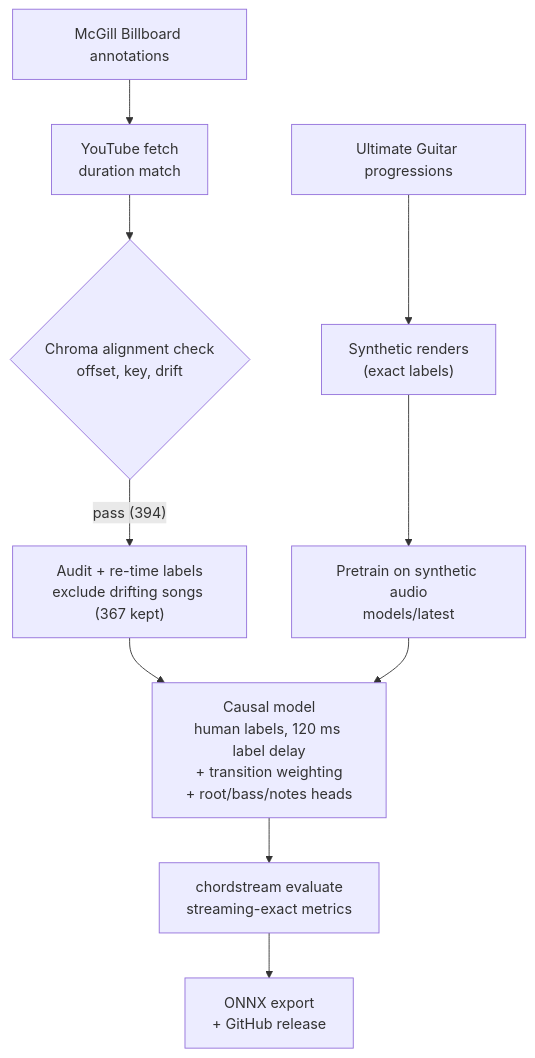
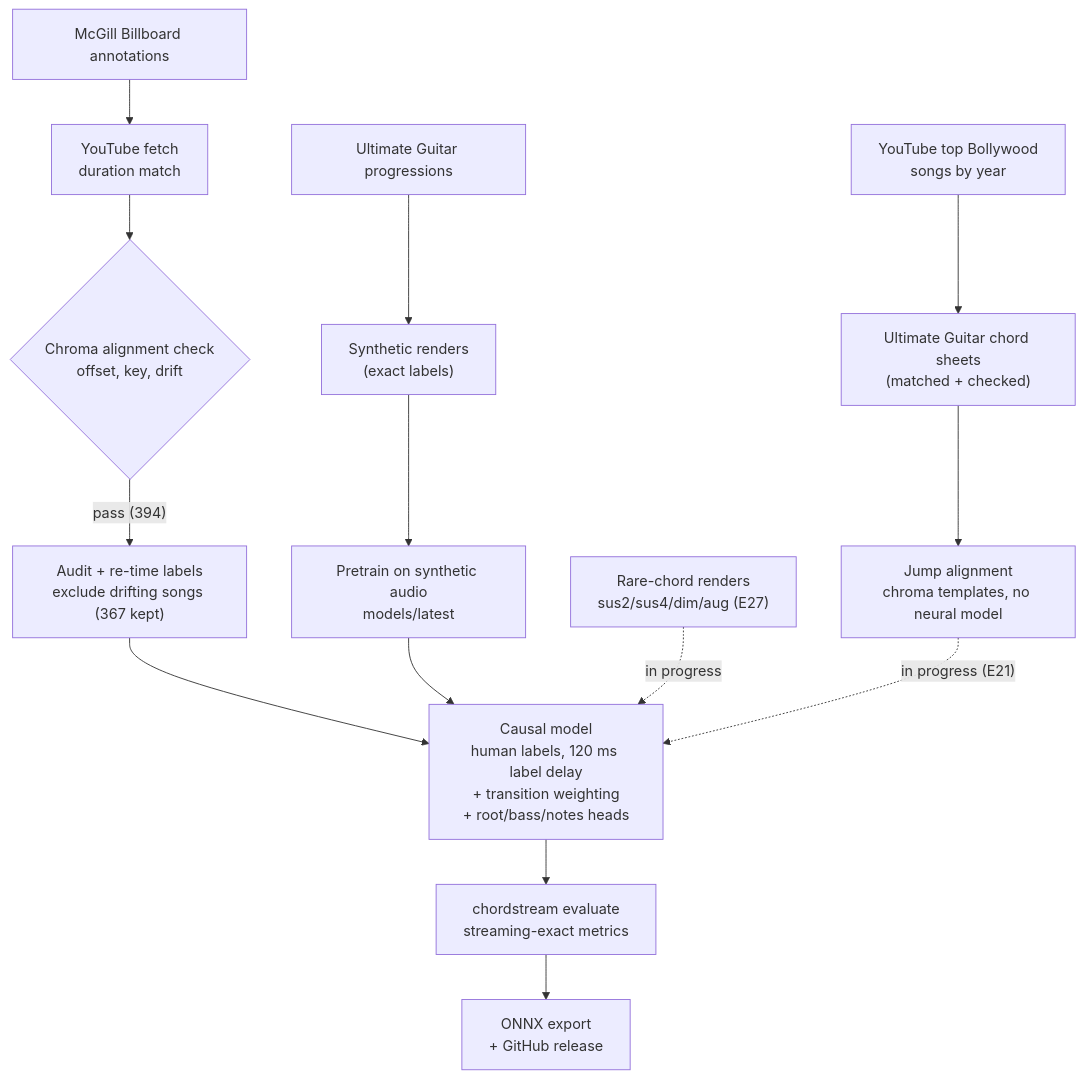
Before and after one commit to helloparthshah/chordstream: the fourth of 4 diagrams in README.md, drawn with Mermaid. The commit also changed other lines of this file and 4 other files, not shown here.

````diff
--- a/README.md
+++ b/README.md
@@ -78,12 +81,16 @@
 ```mermaid
 flowchart TB
     UG["Ultimate Guitar progressions"] --> SYN["Synthetic renders<br/>(exact labels)"]
     SYN --> PRE["Pretrain on synthetic audio<br/>models/latest"]
     BB["McGill Billboard annotations"] --> FETCH["YouTube fetch<br/>duration match"]
     FETCH --> ALIGN{"Chroma alignment check<br/>offset, key, drift"}
     ALIGN -- "pass (394)" --> AUD["Audit + re-time labels<br/>exclude drifting songs (367 kept)"]
     AUD --> STU["Causal model<br/>human labels, 120 ms label delay<br/>+ transition weighting<br/>+ root/bass/notes heads"]
     PRE --> STU
+    RARE["Rare-chord renders<br/>sus2/sus4/dim/aug (E27)"] -. in progress .-> STU
+    YT["YouTube top Bollywood<br/>songs by year"] --> SHEETS["Ultimate Guitar chord sheets<br/>(matched + checked)"]
+    SHEETS --> JA["Jump alignment<br/>chroma templates, no neural model"]
+    JA -. "in progress (E21)" .-> STU
     STU --> EVAL["chordstream evaluate<br/>streaming-exact metrics"]
     EVAL --> EXP["ONNX export<br/>+ GitHub release"]
 ```
````
